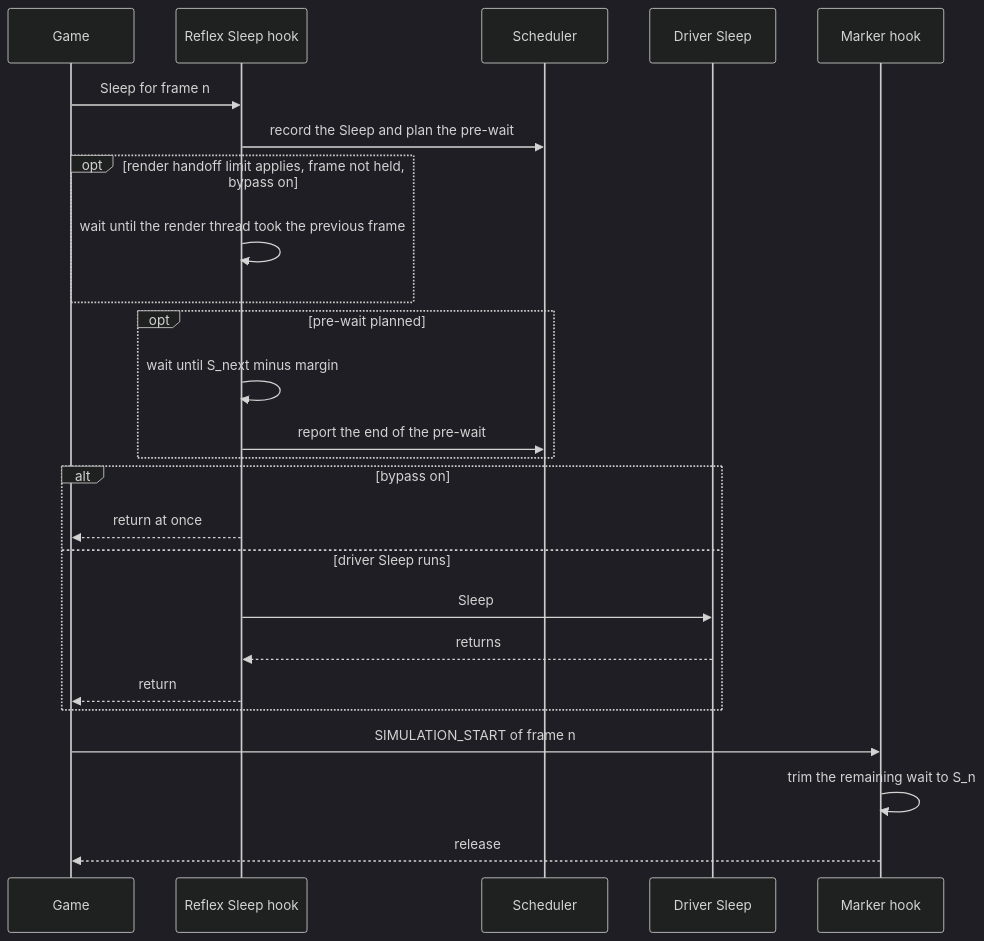
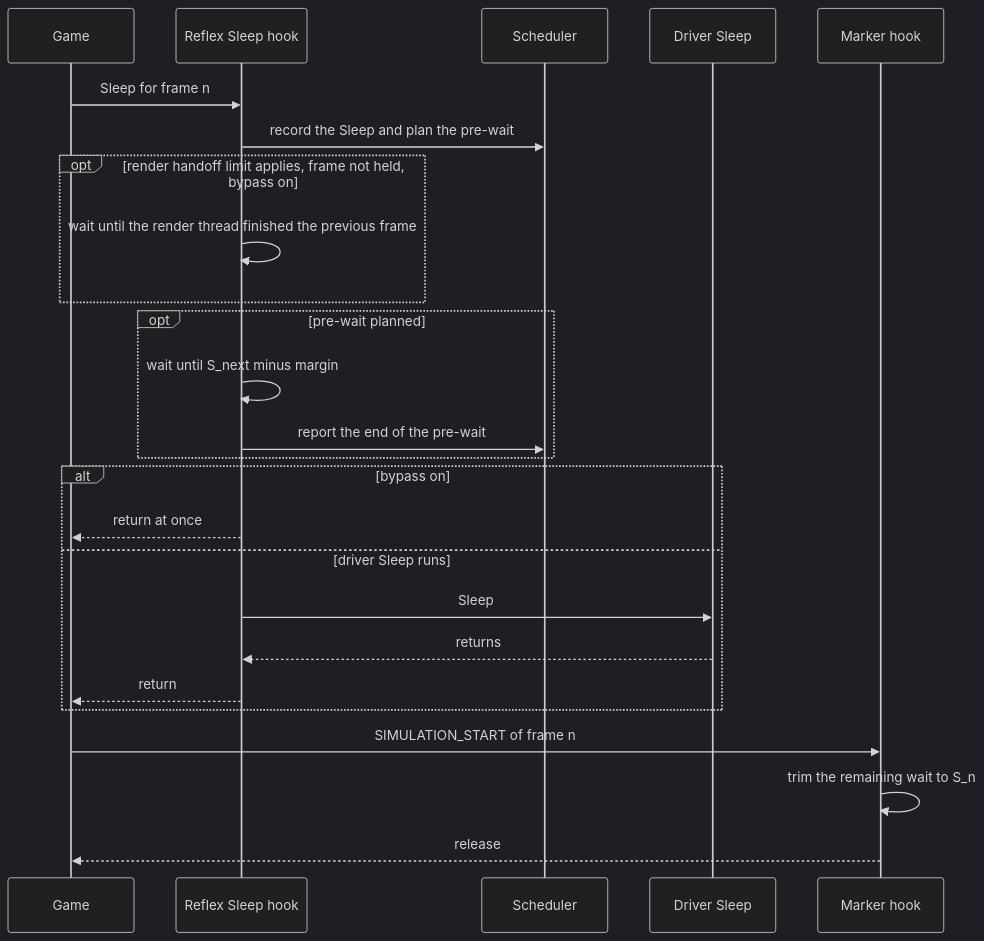
One commit to RankFTW/ReLimiter changed the fifth of 12 diagrams in docs/FRAME_PACING.md. Above: the diagram before and after it, drawn with Mermaid (dark theme). The commit also changed other lines of this file and 20 other files, not shown here.

First line of the commit message:
Render handoff limit: release after the render thread finishes submitting

````diff
--- a/docs/FRAME_PACING.md
+++ b/docs/FRAME_PACING.md
@@ -283,27 +283,27 @@
 ```mermaid
 sequenceDiagram
     participant Game
     participant Hook as Reflex Sleep hook
     participant Sched as Scheduler
     participant Driver as Driver Sleep
     participant Marker as Marker hook
     Game->>Hook: Sleep for frame n
     Hook->>Sched: record the Sleep and plan the pre-wait
     opt render handoff limit applies, frame not held, bypass on
-        Hook->>Hook: wait until the render thread took the previous frame
+        Hook->>Hook: wait until the render thread finished the previous frame
     end
     opt pre-wait planned
         Hook->>Hook: wait until S_next minus margin
         Hook->>Sched: report the end of the pre-wait
     end
     alt bypass on
         Hook-->>Game: return at once
     else driver Sleep runs
         Hook->>Driver: Sleep
         Driver-->>Hook: returns
         Hook-->>Game: return
     end
     Game->>Marker: SIMULATION_START of frame n
     Marker->>Marker: trim the remaining wait to S_n
     Marker-->>Game: release
 ```
````
